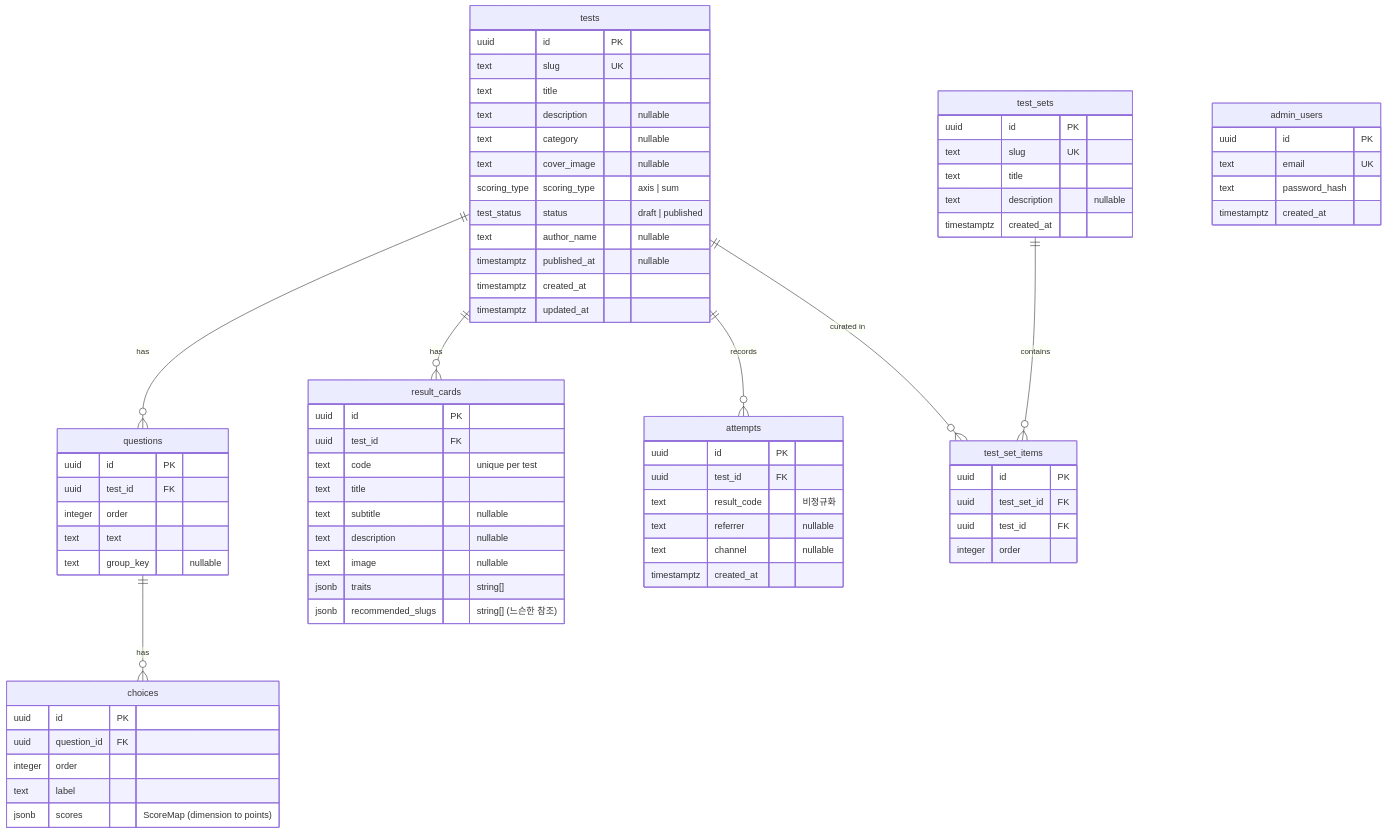
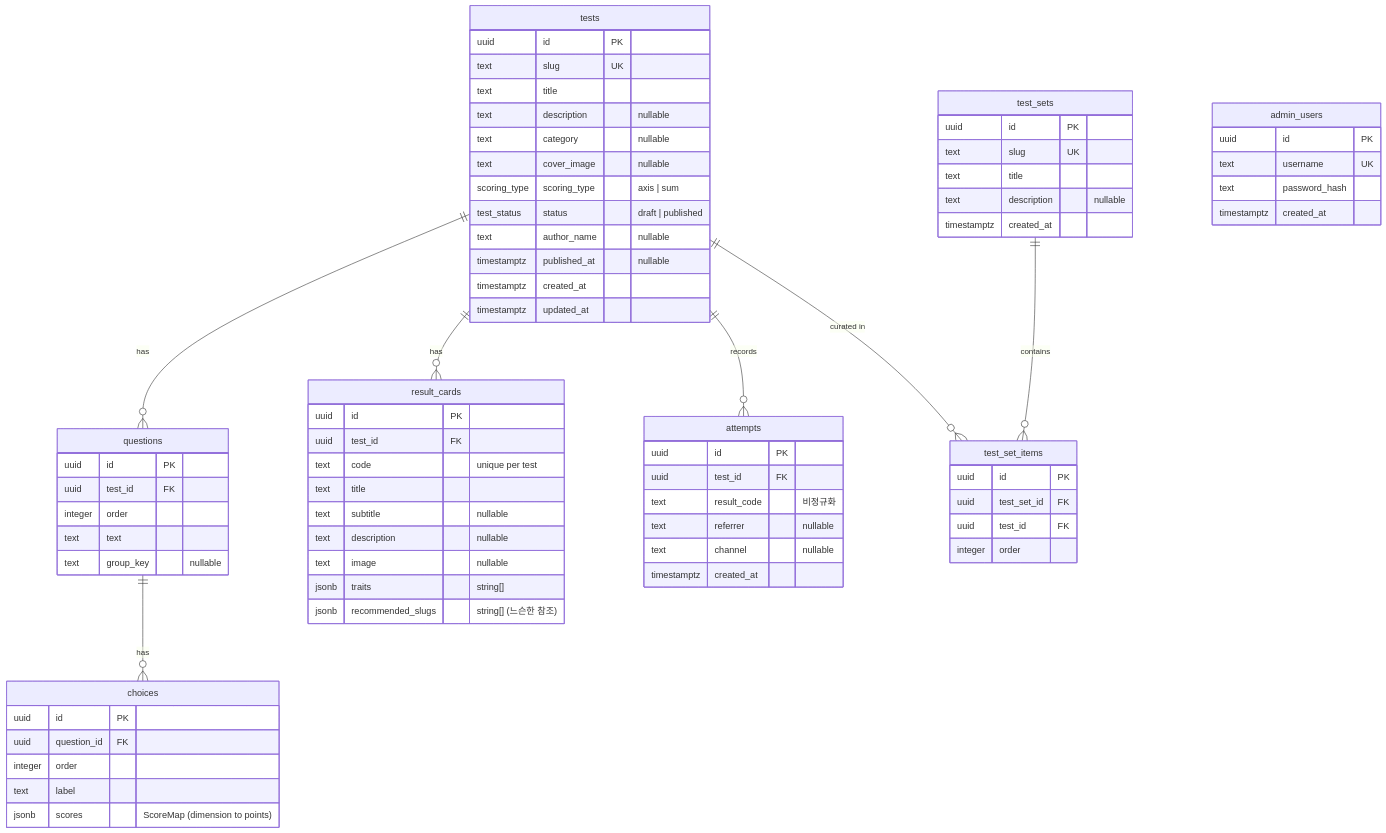
Before and after one commit to Raredoughnut/project-dt: the diagram in docs/ERD.md, drawn with Mermaid. The commit also changed other lines of this file and 67 other files, not shown here.

```diff
--- a/docs/ERD.md
+++ b/docs/ERD.md
@@ -81,7 +81,7 @@
 
     admin_users {
         uuid id PK
-        text email UK
+        text username UK
         text password_hash
         timestamptz created_at
     }
```
